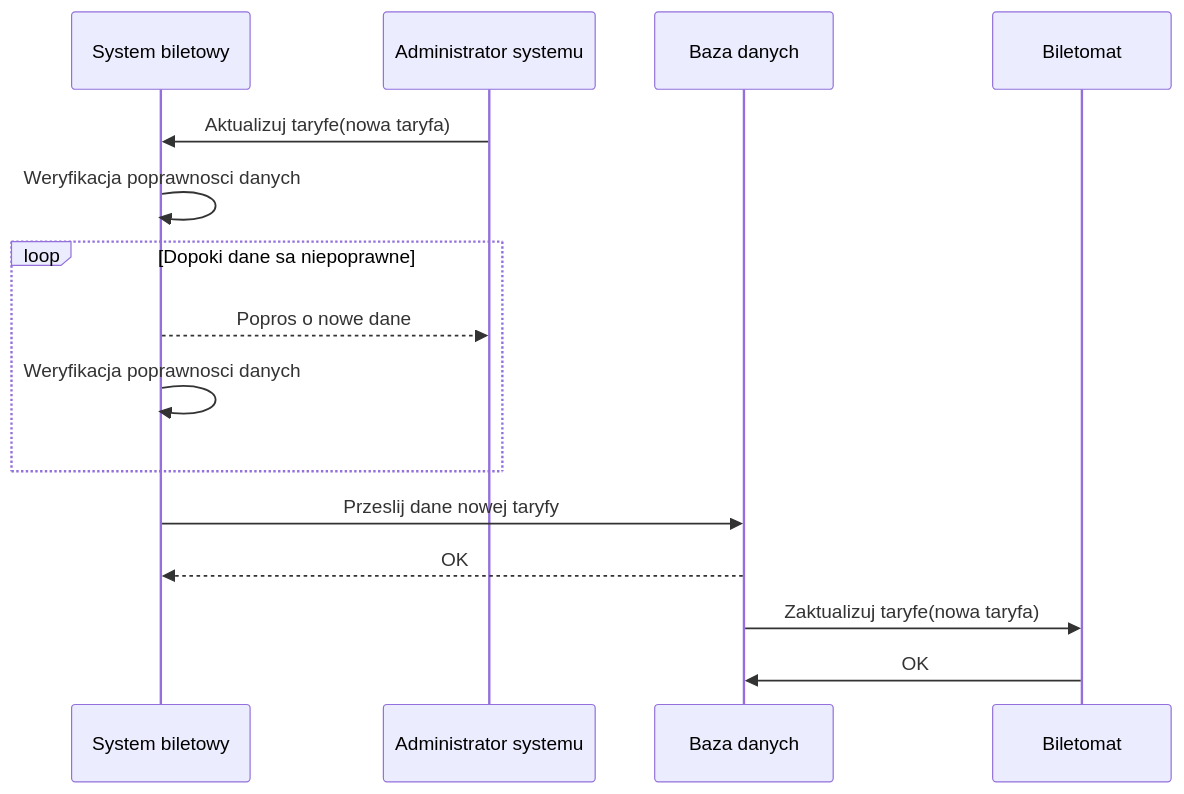
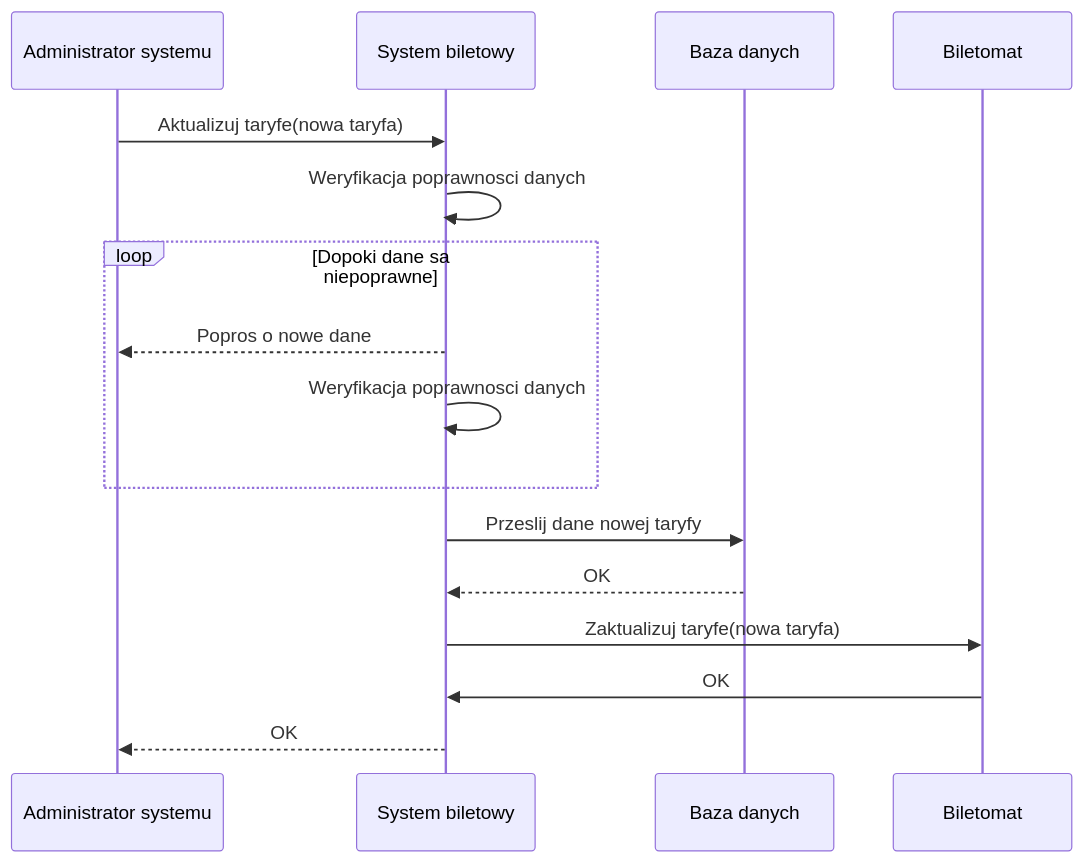
One commit to Igor-Ochocki/MWO changed the diagram in sequences/ticketsystem-4.md. Above: the diagram before and after it, drawn with Mermaid.

````diff
--- a/sequences/ticketsystem-4.md
+++ b/sequences/ticketsystem-4.md
@@ -1,18 +1,19 @@
 ```mermaid
 sequenceDiagram
+     participant A as Administrator systemu
     participant S as System biletowy
-    participant A as Administrator systemu
     participant B as Baza danych
     participant Bil as Biletomat
 
     A ->> S: Aktualizuj taryfe(nowa taryfa)
     S ->> S: Weryfikacja poprawnosci danych
     loop Dopoki dane sa niepoprawne
         S -->> A: Popros o nowe dane
         S ->> S: Weryfikacja poprawnosci danych
     end
     S ->> B: Przeslij dane nowej taryfy
     B -->> S: OK
-    B ->> Bil: Zaktualizuj taryfe(nowa taryfa)
-    Bil ->> B: OK
+    S ->> Bil: Zaktualizuj taryfe(nowa taryfa)
+    Bil ->> S: OK
+    S -->> A: OK
 ```
````
